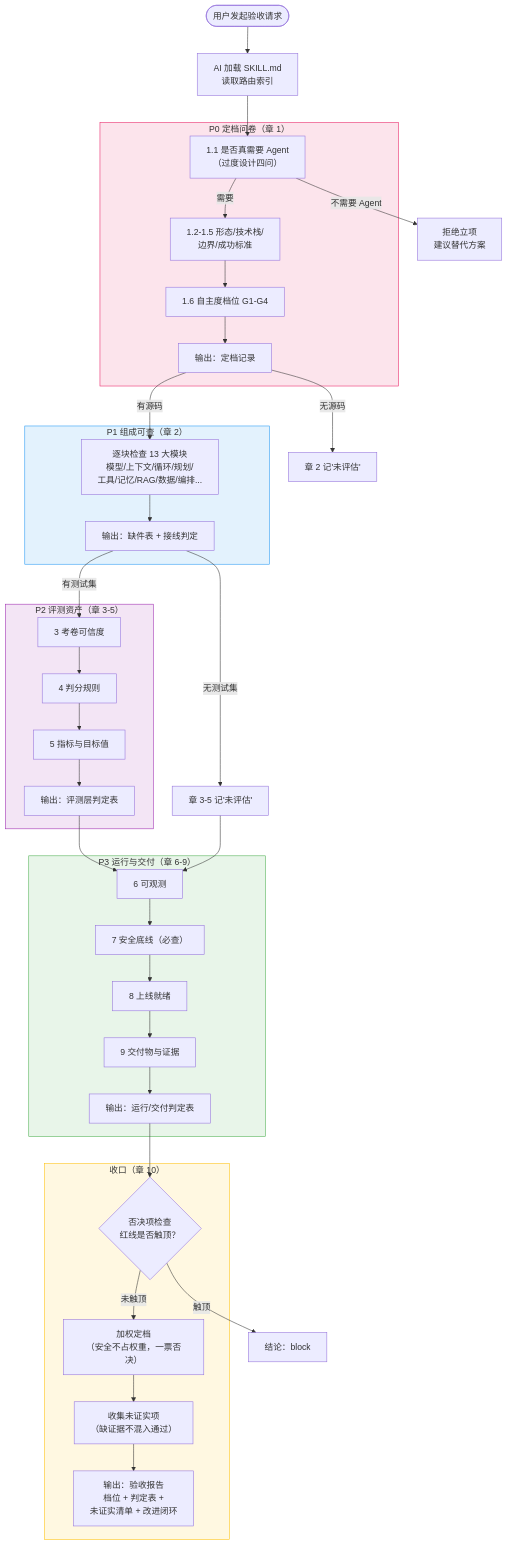
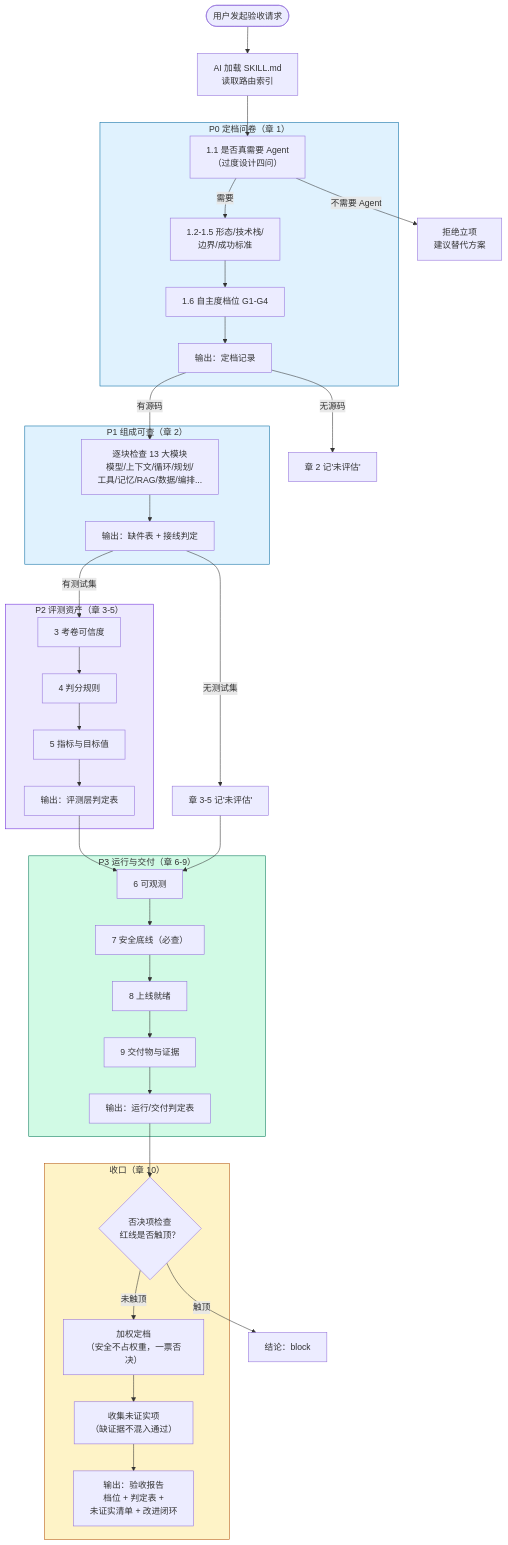
Before and after one commit to LPK3215/agent-acceptance: the third of 6 diagrams in docs/01-项目结构与流程图.md, drawn with Mermaid. The commit also changed other lines of this file and 10 other files, not shown here.

````diff
--- a/docs/01-项目结构与流程图.md
+++ b/docs/01-项目结构与流程图.md
@@ -73,66 +73,66 @@
 ```mermaid
 flowchart TD
     START(["用户发起验收请求"])
     LOAD["AI 加载 SKILL.md<br/>读取路由索引"]
 
     subgraph P0["P0 定档问卷（章 1）"]
         Q1["1.1 是否真需要 Agent<br/>（过度设计四问）"]
         Q2["1.2-1.5 形态/技术栈/<br/>边界/成功标准"]
         Q3["1.6 自主度档位 G1-G4"]
         OUT1["输出：定档记录"]
     end
 
     subgraph P1["P1 组成可查（章 2）"]
         S2["逐块检查 13 大模块<br/>模型/上下文/循环/规划/<br/>工具/记忆/RAG/数据/编排..."]
         OUT2["输出：缺件表 + 接线判定"]
     end
 
     subgraph P2["P2 评测资产（章 3-5）"]
         S3["3 考卷可信度"]
         S4["4 判分规则"]
         S5["5 指标与目标值"]
         OUT35["输出：评测层判定表"]
     end
 
     subgraph P3["P3 运行与交付（章 6-9）"]
         S6["6 可观测"]
         S7["7 安全底线（必查）"]
         S8["8 上线就绪"]
         S9["9 交付物与证据"]
         OUT69["输出：运行/交付判定表"]
     end
 
     subgraph CONCLUDE["收口（章 10）"]
         VETO{"否决项检查<br/>红线是否触顶？"}
         WEIGHT["加权定档<br/>（安全不占权重，一票否决）"]
         UNVER["收集未证实项<br/>（缺证据不混入通过）"]
         REPORT["输出：验收报告<br/>档位 + 判定表 +<br/>未证实清单 + 改进闭环"]
     end
 
     START --> LOAD --> Q1
     Q1 -->|不需要 Agent| REJECT["拒绝立项<br/>建议替代方案"]
     Q1 -->|需要| Q2 --> Q3 --> OUT1
 
     OUT1 -->|"有源码"| S2
     OUT1 -->|"无源码"| SKIP2["章 2 记'未评估'"]
     S2 --> OUT2
 
     OUT2 -->|"有测试集"| S3
     OUT2 -->|"无测试集"| SKIP35["章 3-5 记'未评估'"]
     S3 --> S4 --> S5 --> OUT35
 
     OUT35 --> S6
     S6 --> S7
     S7 --> S8 --> S9 --> OUT69
     SKIP35 --> S6
 
     OUT69 --> VETO
     VETO -->|"触顶"| BLOCK["结论：block"]
     VETO -->|"未触顶"| WEIGHT --> UNVER --> REPORT
 
-    style P0 fill:#fce4ec,stroke:#E91E63
-    style P1 fill:#e3f2fd,stroke:#2196F3
-    style P2 fill:#f3e5f5,stroke:#9C27B0
-    style P3 fill:#e8f5e9,stroke:#4CAF50
-    style CONCLUDE fill:#fff8e1,stroke:#FFC107
+    style P0 fill:#e0f2fe,stroke:#0369a1
+    style P1 fill:#e0f2fe,stroke:#0369a1
+    style P2 fill:#ede9fe,stroke:#6d28d9
+    style P3 fill:#d1fae5,stroke:#047857
+    style CONCLUDE fill:#fef3c7,stroke:#b45309
 ```
````
